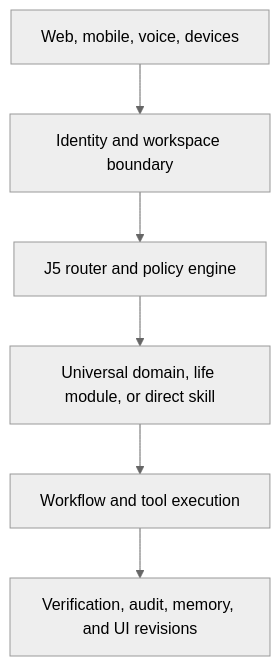
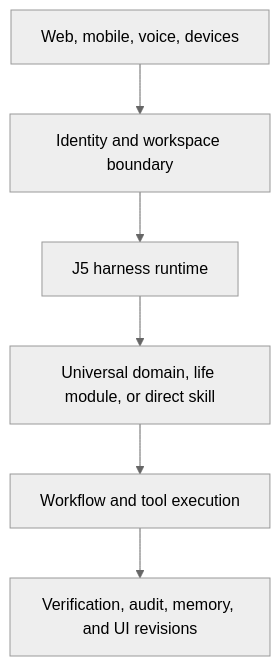
The first of 2 diagrams in docs/architecture/01-target-architecture.md (GiovaniOliver/j5-PA-Public-App), drawn with Mermaid (neutral theme) before and after one commit. The commit also changed other lines of this file, not shown here.

Commit message:
docs: clarify J5 harness boundary

````diff
--- a/docs/architecture/01-target-architecture.md
+++ b/docs/architecture/01-target-architecture.md
@@ -9,8 +15,8 @@
 ```mermaid
 flowchart TD
     A["Web, mobile, voice, devices"] --> B["Identity and workspace boundary"]
-    B --> C["J5 router and policy engine"]
+    B --> C["J5 harness runtime"]
     C --> D["Universal domain, life module, or direct skill"]
     D --> E["Workflow and tool execution"]
     E --> F["Verification, audit, memory, and UI revisions"]
 ```
````
